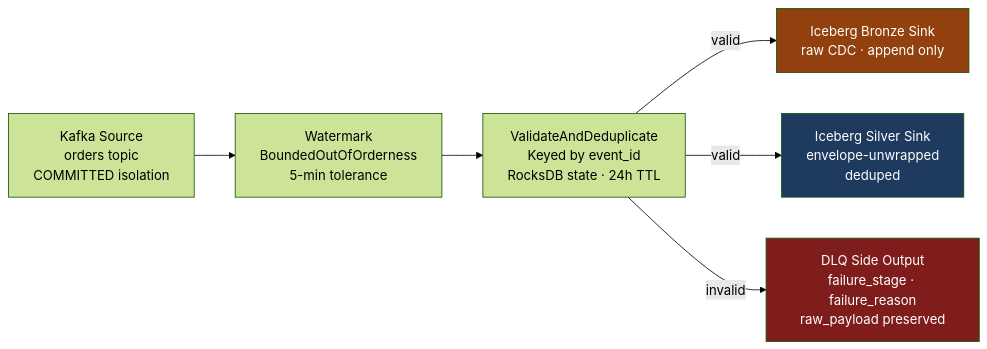
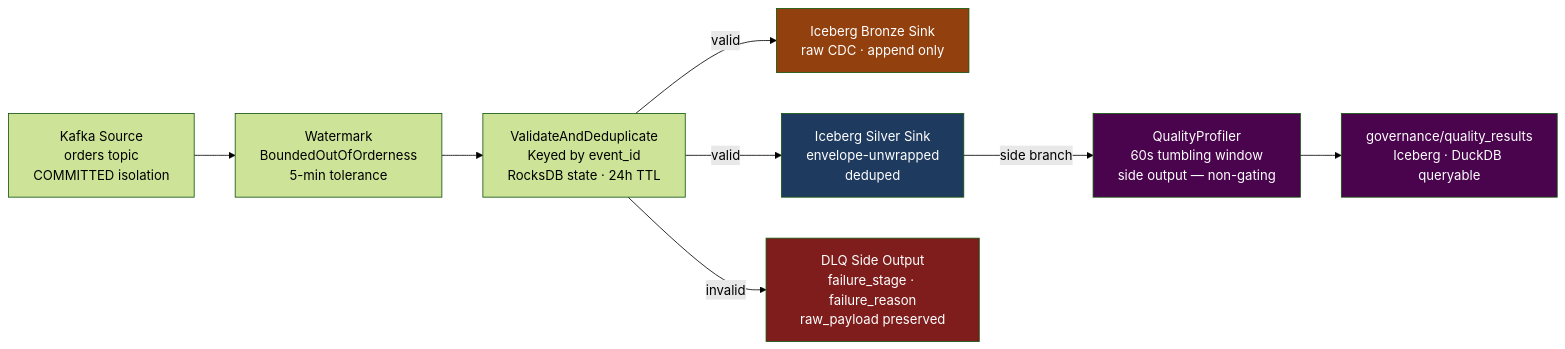
One commit to naren-chakraview/chakraview-realtime-data-platform changed the first of 2 diagrams in docs/pipeline/index.md. Above: the diagram before and after it, drawn with Mermaid (forest theme). The commit also changed other lines of this file and 3 other files, not shown here.

````diff
--- a/docs/pipeline/index.md
+++ b/docs/pipeline/index.md
@@ -64,18 +64,23 @@
 ```mermaid
 flowchart LR
     K["Kafka Source\norders topic\nCOMMITTED isolation"]
     W["Watermark\nBoundedOutOfOrderness\n5-min tolerance"]
     V["ValidateAndDeduplicate\nKeyed by event_id\nRocksDB state · 24h TTL"]
     B["Iceberg Bronze Sink\nraw CDC · append only"]
     S["Iceberg Silver Sink\nenvelope-unwrapped\ndeduped"]
     DLQ["DLQ Side Output\nfailure_stage · failure_reason\nraw_payload preserved"]
+    QP["QualityProfiler\n60s tumbling window\nside output — non-gating"]
+    QR["governance/quality_results\nIceberg · DuckDB queryable"]
 
     K --> W --> V
     V -->|"valid"| B
     V -->|"valid"| S
     V -->|"invalid"| DLQ
+    S -->|"side branch"| QP --> QR
 
     style B fill:#92400e,color:#fff
     style S fill:#1e3a5f,color:#fff
     style DLQ fill:#7f1d1d,color:#fff
+    style QP fill:#4a044e,color:#fff
+    style QR fill:#4a044e,color:#fff
 ```
````
